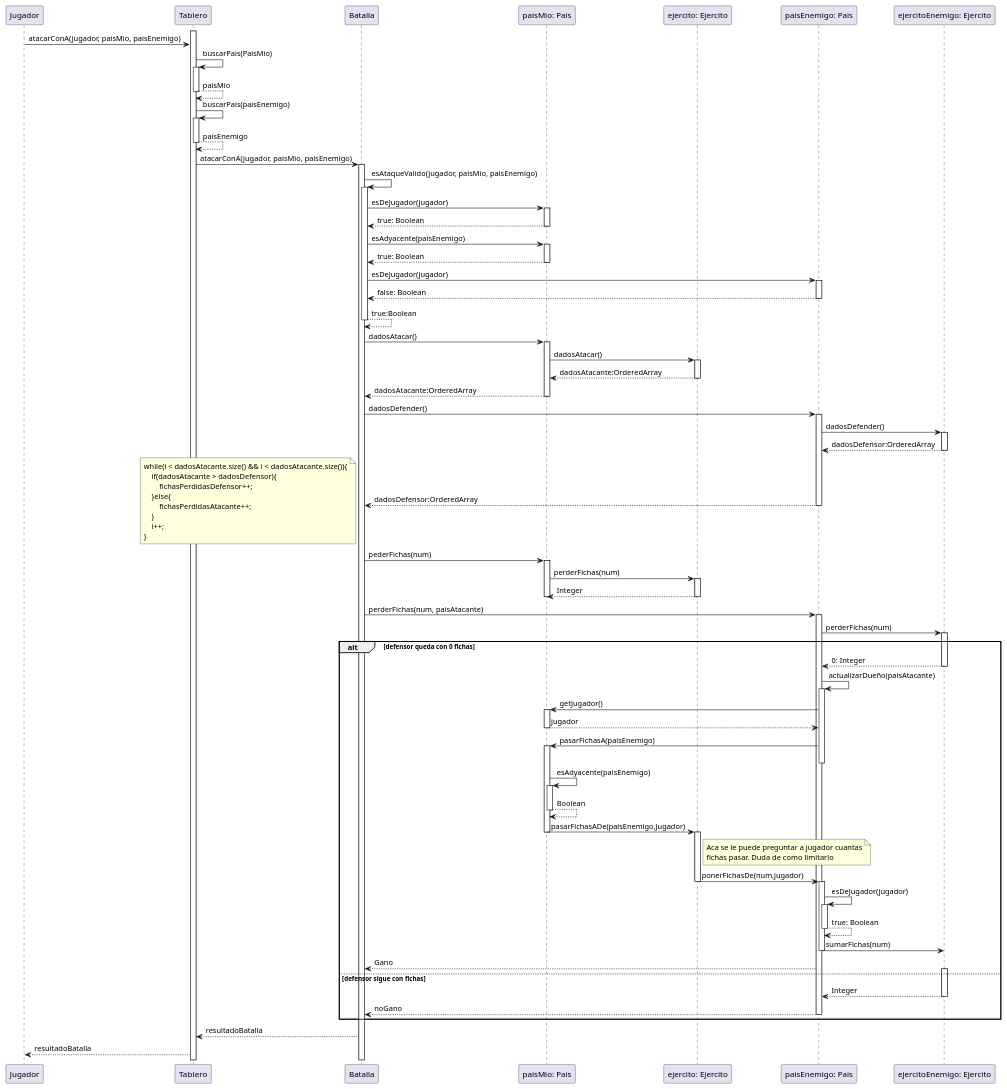
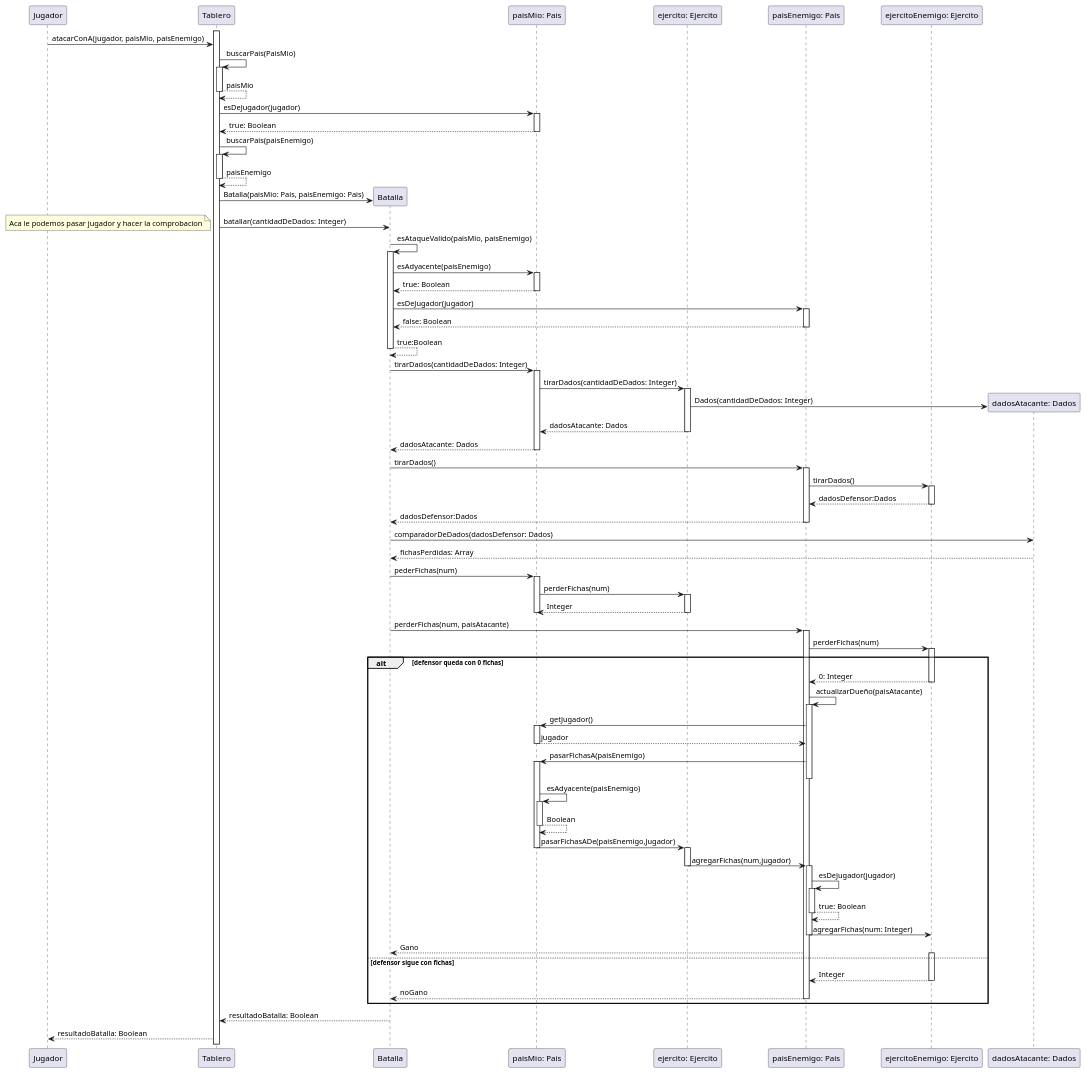
The diagram in docs/Diagramas/Codigo/digrama_de_secuencia_ataque.puml (mpata2000/Algo3-TP2-TEG), drawn with PlantUML before and after one commit. The commit also changed 3 other files, not shown here.

Commit message:
Actualizacion de DiagramaDeSecuenciaUnPaisAtacaAOtro-V0.5.png

```diff
--- a/docs/Diagramas/Codigo/digrama_de_secuencia_ataque.puml
+++ b/docs/Diagramas/Codigo/digrama_de_secuencia_ataque.puml
@@ -1,120 +1,113 @@
-@startuml DiagramaDeSecuenciaUnPaisAtacaAOtro-V0.2
+@startuml DiagramaDeSecuenciaUnPaisAtacaAOtro-V0.5
 
 Participant Jugador
 Participant Tablero
 Participant Batalla
 Participant Pais as "paisMio: Pais"
 Participant Ejercito as "ejercito: Ejercito"
 Participant PaisEnemigo as "paisEnemigo: Pais"
 Participant EjercitoEnemigo as "ejercitoEnemigo: Ejercito"
+Participant DadosAtacante as "dadosAtacante: Dados"
 
 activate Tablero
 Jugador->Tablero: atacarConA(jugador, paisMio, paisEnemigo)
 Tablero -> Tablero: buscarPais(PaisMio)
 activate Tablero
 Tablero --> Tablero: paisMio
 deactivate Tablero
+Tablero -> Pais: esDeJugador(jugador)
+activate Pais
+Pais --> Tablero: true: Boolean
+deactivate Pais
 Tablero -> Tablero: buscarPais(paisEnemigo)
 activate Tablero
 Tablero --> Tablero: paisEnemigo
 deactivate Tablero
-Tablero -> Batalla: atacarConA(jugador, paisMio, paisEnemigo)
+create Batalla
+Tablero -> Batalla: Batalla(paisMio: Pais, paisEnemigo: Pais)
+Tablero -> Batalla: batallar(cantidadDeDados: Integer)
+note left: Aca le podemos pasar jugador y hacer la comprobacion
+Batalla -> Batalla: esAtaqueValido(paisMio, paisEnemigo)
 activate Batalla
-Batalla -> Batalla: esAtaqueValido(jugador, paisMio, paisEnemigo)
-activate Batalla
-Batalla -> Pais: esDeJugador(jugador)
-activate Pais
-Pais --> Batalla: true: Boolean
-deactivate Pais
 Batalla -> Pais: esAdyacente(paisEnemigo)
 activate Pais
 Pais --> Batalla: true: Boolean
 deactivate Pais
 Batalla -> PaisEnemigo: esDeJugador(jugador)
 activate PaisEnemigo
 PaisEnemigo --> Batalla: false: Boolean
 deactivate PaisEnemigo
 Batalla --> Batalla: true:Boolean
 deactivate Batalla
-Batalla -> Pais: dadosAtacar()
+Batalla -> Pais: tirarDados(cantidadDeDados: Integer)
 activate Pais
-Pais -> Ejercito: dadosAtacar()
+Pais -> Ejercito: tirarDados(cantidadDeDados: Integer)
 activate Ejercito
-Ejercito --> Pais: dadosAtacante:OrderedArray
+create DadosAtacante
+Ejercito -> DadosAtacante: Dados(cantidadDeDados: Integer)
+Ejercito --> Pais: dadosAtacante: Dados
 deactivate Ejercito
-Pais --> Batalla: dadosAtacante:OrderedArray
+Pais --> Batalla: dadosAtacante: Dados
 deactivate Pais
-Batalla -> PaisEnemigo: dadosDefender()
+Batalla -> PaisEnemigo: tirarDados()
 activate PaisEnemigo
-PaisEnemigo -> EjercitoEnemigo: dadosDefender()
+PaisEnemigo -> EjercitoEnemigo: tirarDados()
 activate EjercitoEnemigo
-EjercitoEnemigo --> PaisEnemigo: dadosDefensor:OrderedArray
+EjercitoEnemigo --> PaisEnemigo: dadosDefensor:Dados
 deactivate EjercitoEnemigo
-PaisEnemigo --> Batalla: dadosDefensor:OrderedArray
-note left
-while(i < dadosAtacante.size() && i < dadosAtacante.size()){
-    if(dadosAtacante > dadosDefensor){
-        fichasPerdidasDefensor++;
-    }else{
-        fichasPerdidasAtacante++;
-    }
-    i++;
-}
-end note
+PaisEnemigo --> Batalla: dadosDefensor:Dados
 deactivate PaisEnemigo
+Batalla -> DadosAtacante: comparadorDeDados(dadosDefensor: Dados)
+DadosAtacante --> Batalla: fichasPerdidas: Array
 Batalla -> Pais: pederFichas(num)
 activate Pais
 Pais -> Ejercito: perderFichas(num)
 activate Ejercito
 Ejercito --> Pais: Integer
 deactivate Ejercito
 deactivate Pais
 Batalla -> PaisEnemigo: perderFichas(num, paisAtacante)
 activate PaisEnemigo
 PaisEnemigo -> EjercitoEnemigo: perderFichas(num)
 activate EjercitoEnemigo
 
 alt defensor queda con 0 fichas
     EjercitoEnemigo --> PaisEnemigo: 0: Integer
     deactivate EjercitoEnemigo
     PaisEnemigo -> PaisEnemigo: actualizarDueño(paisAtacante)
     activate PaisEnemigo
     PaisEnemigo -> Pais: getJugador()
     activate Pais
     Pais --> PaisEnemigo:  jugador
     deactivate Pais
     PaisEnemigo -> Pais: pasarFichasA(paisEnemigo)
     activate Pais
     deactivate PaisEnemigo
     Pais -> Pais: esAdyacente(paisEnemigo)
     activate Pais
     Pais --> Pais: Boolean
     deactivate Pais
     Pais -> Ejercito: pasarFichasADe(paisEnemigo,Jugador)
     deactivate Pais
     activate Ejercito
-    note right Ejercito
-        Aca se le puede preguntar a jugador cuantas
-        fichas pasar. Duda de como limitarlo
-    end note
-    Ejercito -> PaisEnemigo: ponerFichasDe(num,jugador)
+    Ejercito -> PaisEnemigo: agregarFichas(num,jugador)
     deactivate Ejercito
     activate PaisEnemigo
     PaisEnemigo -> PaisEnemigo: esDeJugador(jugador)
     activate PaisEnemigo
     PaisEnemigo --> PaisEnemigo: true: Boolean
     deactivate PaisEnemigo
-    PaisEnemigo -> EjercitoEnemigo: sumarFichas(num)
+    PaisEnemigo -> EjercitoEnemigo: agregarFichas(num: Integer)
     deactivate PaisEnemigo
     PaisEnemigo --> Batalla: Gano
 else  defensor sigue con fichas
     activate EjercitoEnemigo
     EjercitoEnemigo --> PaisEnemigo: Integer
     deactivate EjercitoEnemigo
     PaisEnemigo --> Batalla: noGano
     deactivate PaisEnemigo
 end
-Batalla --> Tablero: resultadoBatalla
-Tablero --> Jugador: resultadoBatalla
+Batalla --> Tablero: resultadoBatalla: Boolean
+Tablero --> Jugador: resultadoBatalla: Boolean
 
 @enduml
```
